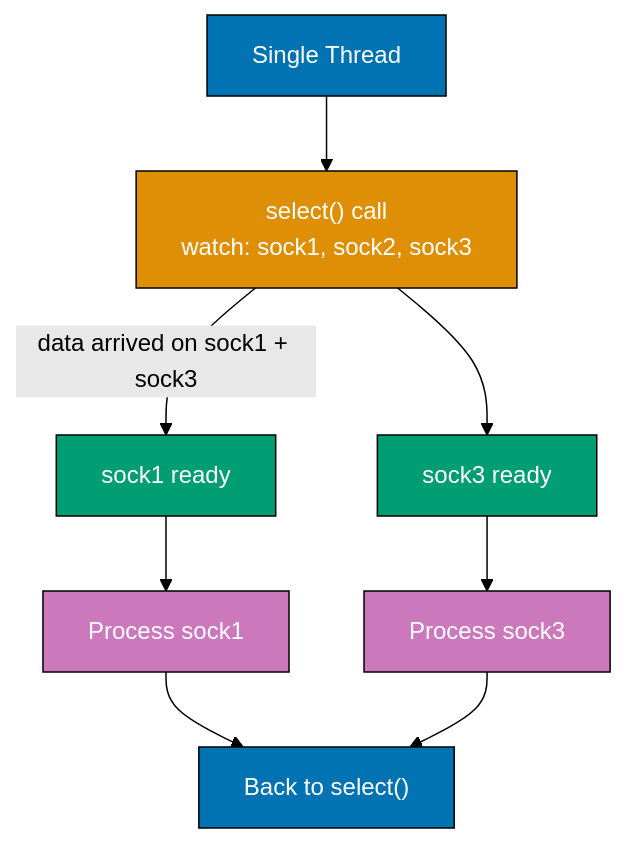
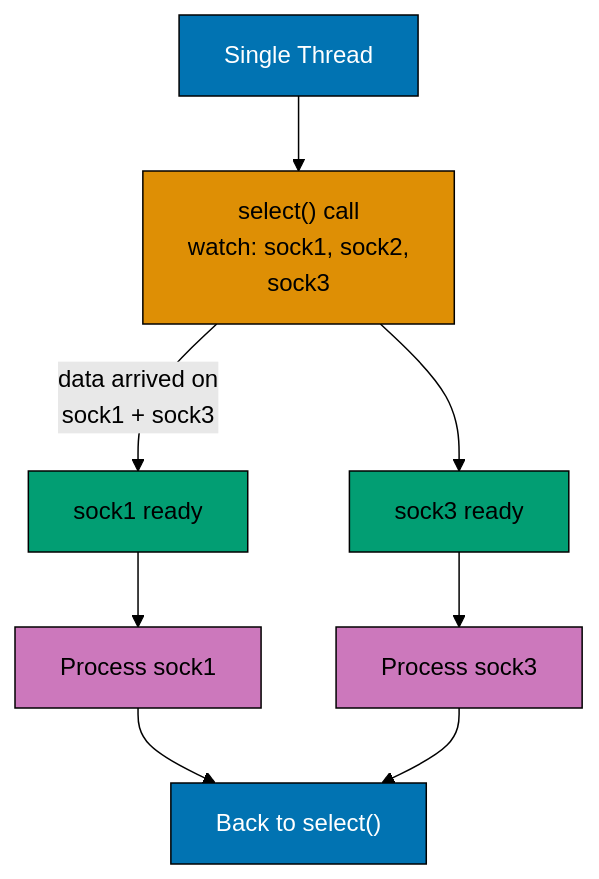
Before and after one commit to wahidyankf/ose-public: the first of 10 diagrams in apps/ayokoding-www/content/en/learn/legacy/software-engineering/networking/by-example/intermediate.md, drawn with Mermaid (forest theme). The commit also changed other lines of this file and 78 other files, not shown here.

First line of the commit message:
fix(mermaid): bring the remaining legacy software-engineering diagrams onto the accessible palette

````diff
--- a/apps/ayokoding-www/content/en/learn/legacy/software-engineering/networking/by-example/intermediate.md
+++ b/apps/ayokoding-www/content/en/learn/legacy/software-engineering/networking/by-example/intermediate.md
@@ -190,27 +190,34 @@
 ```mermaid
 %% Color Palette: Blue #0173B2, Orange #DE8F05, Teal #029E73, Purple #CC78BC, Brown #CA9161
 graph TD
+    accTitle: Example 32: select for I/O Multiplexing
+    accDescr: Graph with 7 nodes and 7 connections. Nodes: Single Thread, select() call watch: sock1, sock2, sock3, sock1 ready, sock3 ready, Process sock1, Process sock3, Back to select(). Connections: Single Thread to select() call watch: sock1, sock2, sock3, select() call watch: sock1, sock2, sock3 to sock1 ready (data arrived on sock1 + sock3), select() call watch: sock1, sock2, sock3 to sock3 ready, sock1 ready to Process sock1, sock3 ready to Process sock3, Process sock1 to Back to select(), Process sock3 to Back to select().
     A["Single Thread"]
-    B["select() call<br/>watch: sock1, sock2, sock3"]
+    B["select() call<br/>watch: sock1, sock2,<br/>sock3"]
     C["sock1 ready"]
     D["sock3 ready"]
     E["Process sock1"]
     F["Process sock3"]
     G["Back to select()"]
 
     A --> B
-    B -->|"data arrived on sock1 + sock3"| C
+    B -->|"data arrived on<br/>sock1 + sock3"| C
     B --> D
     C --> E
     D --> F
     E --> G
     F --> G
 
-    style A fill:#0173B2,stroke:#000,color:#fff
-    style B fill:#DE8F05,stroke:#000,color:#fff
-    style C fill:#029E73,stroke:#000,color:#fff
-    style D fill:#029E73,stroke:#000,color:#fff
-    style E fill:#CC78BC,stroke:#000,color:#fff
-    style F fill:#CC78BC,stroke:#000,color:#fff
-    style G fill:#0173B2,stroke:#000,color:#fff
+    classDef pal-0173B2 fill:#0173B2,stroke:#000000,color:#FFFFFF
+    class A pal-0173B2
+    classDef pal-DE8F05 fill:#DE8F05,stroke:#000000,color:#000000
+    class B pal-DE8F05
+    classDef pal-029E73 fill:#029E73,stroke:#000000,color:#000000
+    class C pal-029E73
+    class D pal-029E73
+    classDef pal-CC78BC fill:#CC78BC,stroke:#000000,color:#000000
+    class E pal-CC78BC
+    class F pal-CC78BC
+    class G pal-0173B2
+    classDef default fill:#FFFFFF,stroke:#000000,color:#000000
 ```
````
